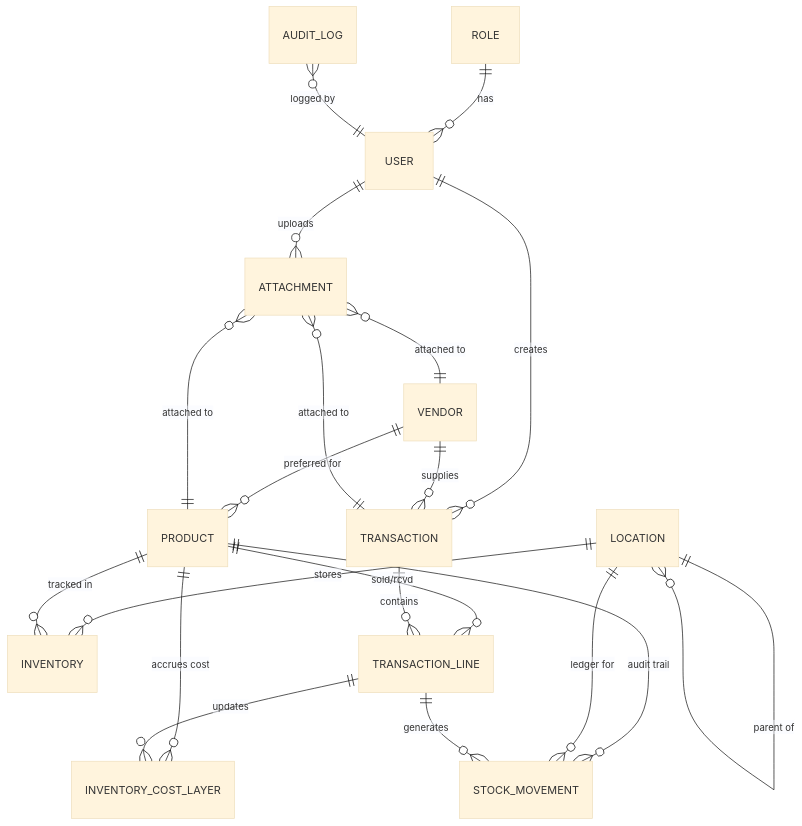
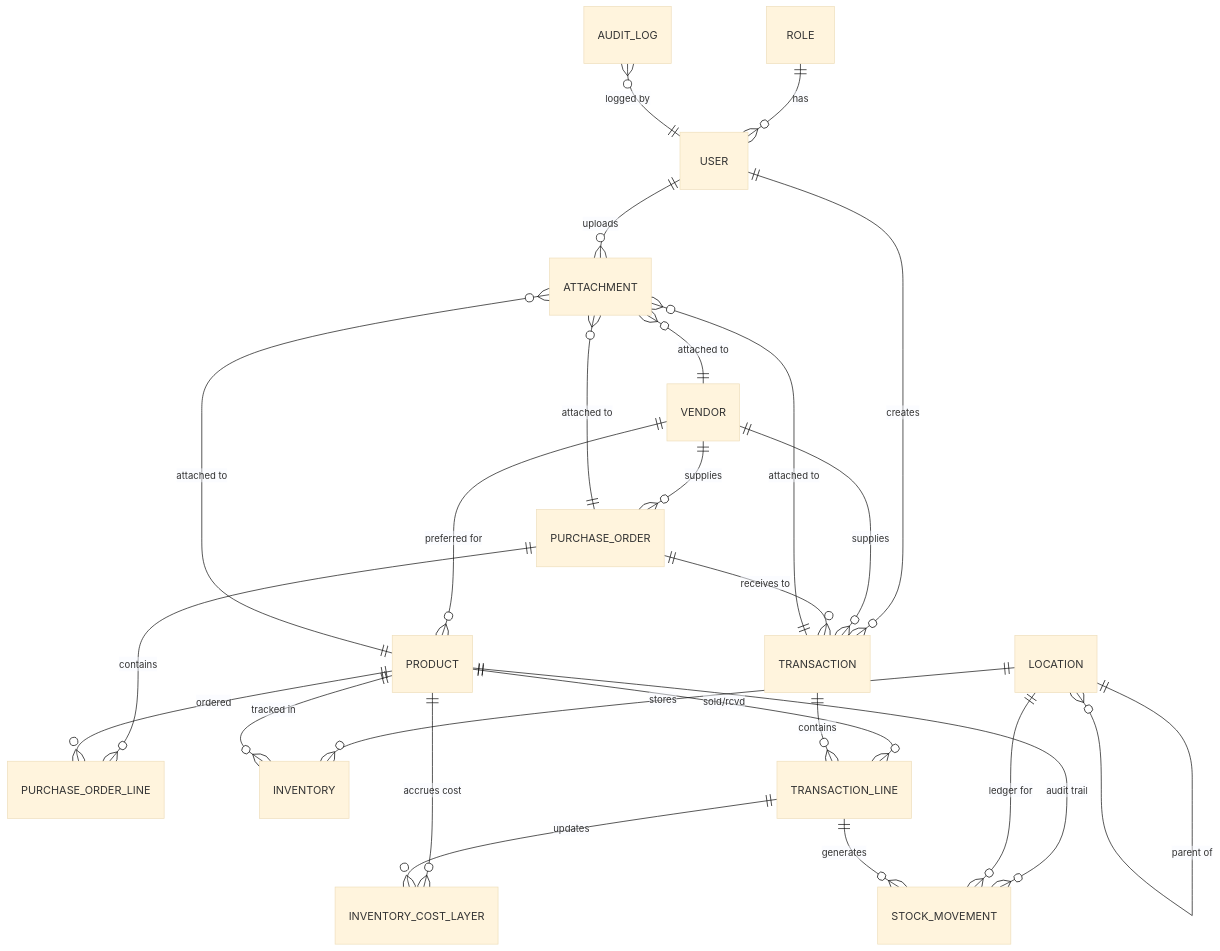
Before and after one commit to andrei-L1/inventory-system: the diagram in DATABASE_DOCUMENTATION.md, drawn with Mermaid (base theme). The commit also changed other lines of this file and 7 other files, not shown here.

First line of the commit message:
feat: implement comprehensive Purchase Order (PO) system

````diff
--- a/DATABASE_DOCUMENTATION.md
+++ b/DATABASE_DOCUMENTATION.md
@@ -76,22 +86,27 @@
 ```mermaid
 erDiagram
     ROLE ||--o{ USER : "has"
     USER ||--o{ TRANSACTION : "creates"
     VENDOR ||--o{ PRODUCT : "preferred for"
     VENDOR ||--o{ TRANSACTION : "supplies"
+    VENDOR ||--o{ PURCHASE_ORDER : "supplies"
+    PURCHASE_ORDER ||--o{ PURCHASE_ORDER_LINE : "contains"
+    PURCHASE_ORDER ||--o{ TRANSACTION : "receives to"
     LOCATION ||--o{ LOCATION : "parent of"
     LOCATION ||--o{ INVENTORY : "stores"
     PRODUCT ||--o{ INVENTORY : "tracked in"
     PRODUCT ||--o{ TRANSACTION_LINE : "sold/rcvd"
+    PRODUCT ||--o{ PURCHASE_ORDER_LINE : "ordered"
     PRODUCT ||--o{ INVENTORY_COST_LAYER : "accrues cost"
     TRANSACTION ||--o{ TRANSACTION_LINE : "contains"
     TRANSACTION_LINE ||--o{ INVENTORY_COST_LAYER : "updates"
     PRODUCT ||--o{ STOCK_MOVEMENT : "audit trail"
     LOCATION ||--o{ STOCK_MOVEMENT : "ledger for"
     TRANSACTION_LINE ||--o{ STOCK_MOVEMENT : "generates"
     AUDIT_LOG }o--|| USER : "logged by"
     USER ||--o{ ATTACHMENT : "uploads"
     ATTACHMENT }o--|| PRODUCT : "attached to"
     ATTACHMENT }o--|| VENDOR : "attached to"
     ATTACHMENT }o--|| TRANSACTION : "attached to"
+    ATTACHMENT }o--|| PURCHASE_ORDER : "attached to"
 ```
````
